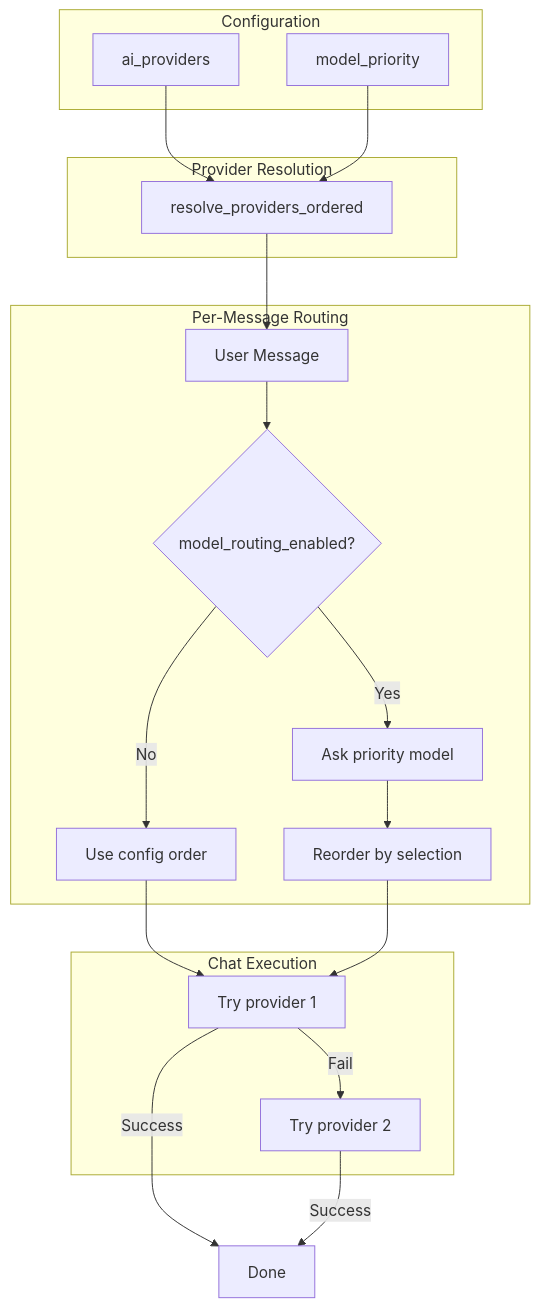
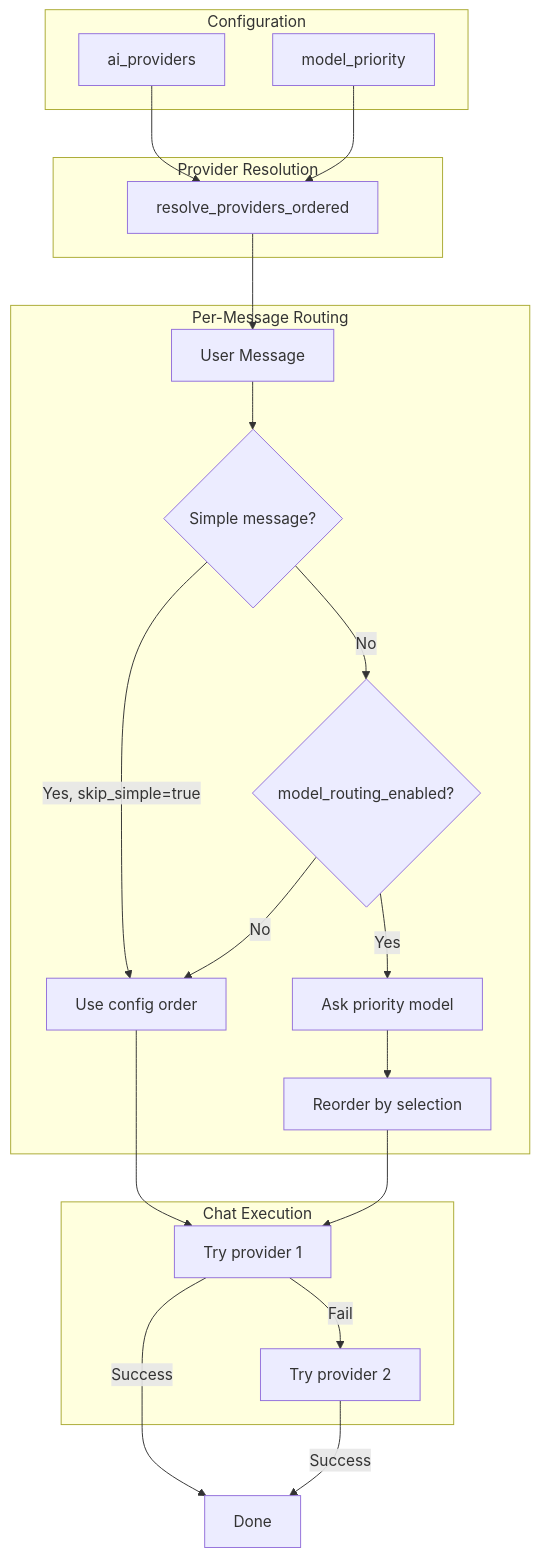
One commit to StevenGann/Gregory changed the first of 2 diagrams in docs/CONFIGURATION.md. Above: the diagram before and after it, drawn with Mermaid. The commit also changed other lines of this file and 10 other files, not shown here.

````diff
--- a/docs/CONFIGURATION.md
+++ b/docs/CONFIGURATION.md
@@ -160,37 +225,40 @@
 ```mermaid
 flowchart TB
     subgraph config [Configuration]
         AP[ai_providers]
         MP[model_priority]
     end
 
     subgraph resolution [Provider Resolution]
         Resolve[resolve_providers_ordered]
     end
 
     subgraph routing [Per-Message Routing]
         Msg[User Message]
+        Simple{Simple message?}
         Select{model_routing_enabled?}
         UseConfig[Use config order]
         AskSelector[Ask priority model]
         Reorder[Reorder by selection]
     end
 
     subgraph execution [Chat Execution]
         Try1[Try provider 1]
         Try2[Try provider 2]
     end
 
     AP --> Resolve
     MP --> Resolve
     Resolve --> Msg
-    Msg --> Select
+    Msg --> Simple
+    Simple -->|Yes, skip_simple=true| UseConfig
+    Simple -->|No| Select
     Select -->|No| UseConfig
     Select -->|Yes| AskSelector
     AskSelector --> Reorder
     UseConfig --> Try1
     Reorder --> Try1
     Try1 -->|Fail| Try2
     Try1 -->|Success| done[Done]
     Try2 -->|Success| done
 ```
````
